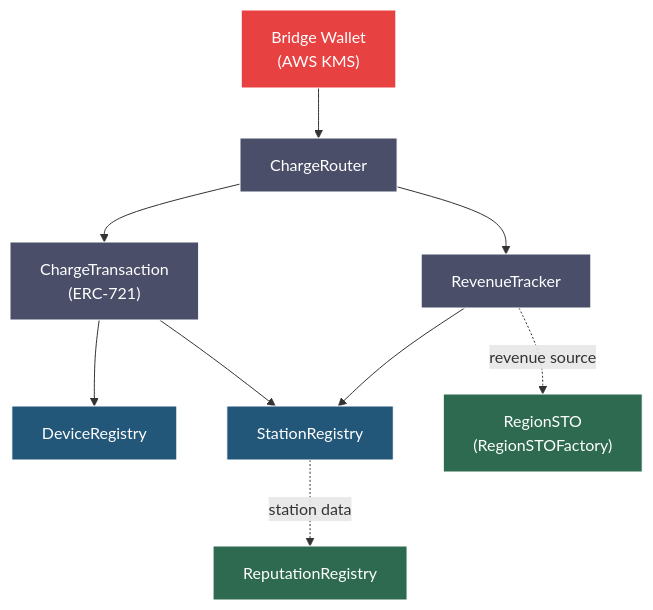
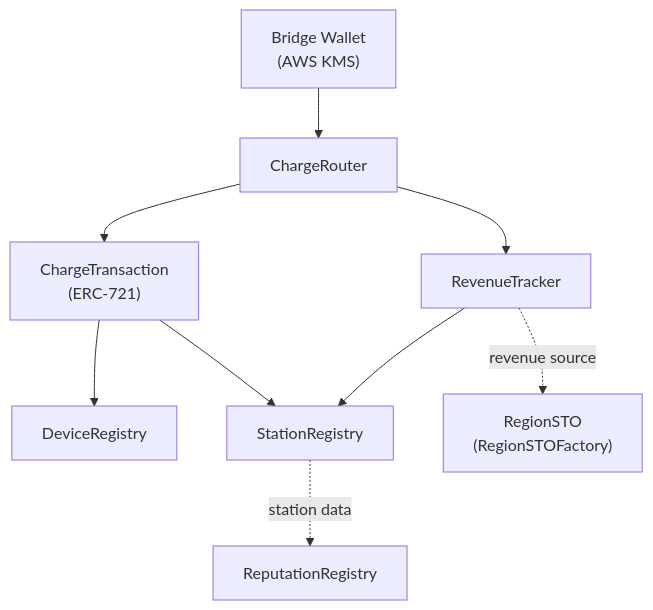
Before and after one commit to bbororo5/EnergyFi: the fourth of 4 diagrams in README.md, drawn with Mermaid. The commit also changed other lines of this file, not shown here.

First line of the commit message:
docs: fix mermaid diagram readability for GitHub light theme

````diff
--- a/README.md
+++ b/README.md
@@ -166,20 +152,11 @@
 ```mermaid
 flowchart TD
     Bridge["Bridge Wallet\n(AWS KMS)"] --> CR["ChargeRouter"]
     CR --> CT["ChargeTransaction\n(ERC-721)"]
     CR --> RT["RevenueTracker"]
     CT --> DR["DeviceRegistry"]
     CT --> SR["StationRegistry"]
     RT --> SR
     RT -.->|revenue source| STO["RegionSTO\n(RegionSTOFactory)"]
     SR -.->|station data| REP["ReputationRegistry"]
-
-    style Bridge fill:#E84142,stroke:#fff,color:#fff
-    style CR fill:#4a4e69,stroke:#fff,color:#fff
-    style CT fill:#4a4e69,stroke:#fff,color:#fff
-    style RT fill:#4a4e69,stroke:#fff,color:#fff
-    style DR fill:#22577a,stroke:#fff,color:#fff
-    style SR fill:#22577a,stroke:#fff,color:#fff
-    style STO fill:#2d6a4f,stroke:#fff,color:#fff
-    style REP fill:#2d6a4f,stroke:#fff,color:#fff
 ```
````
